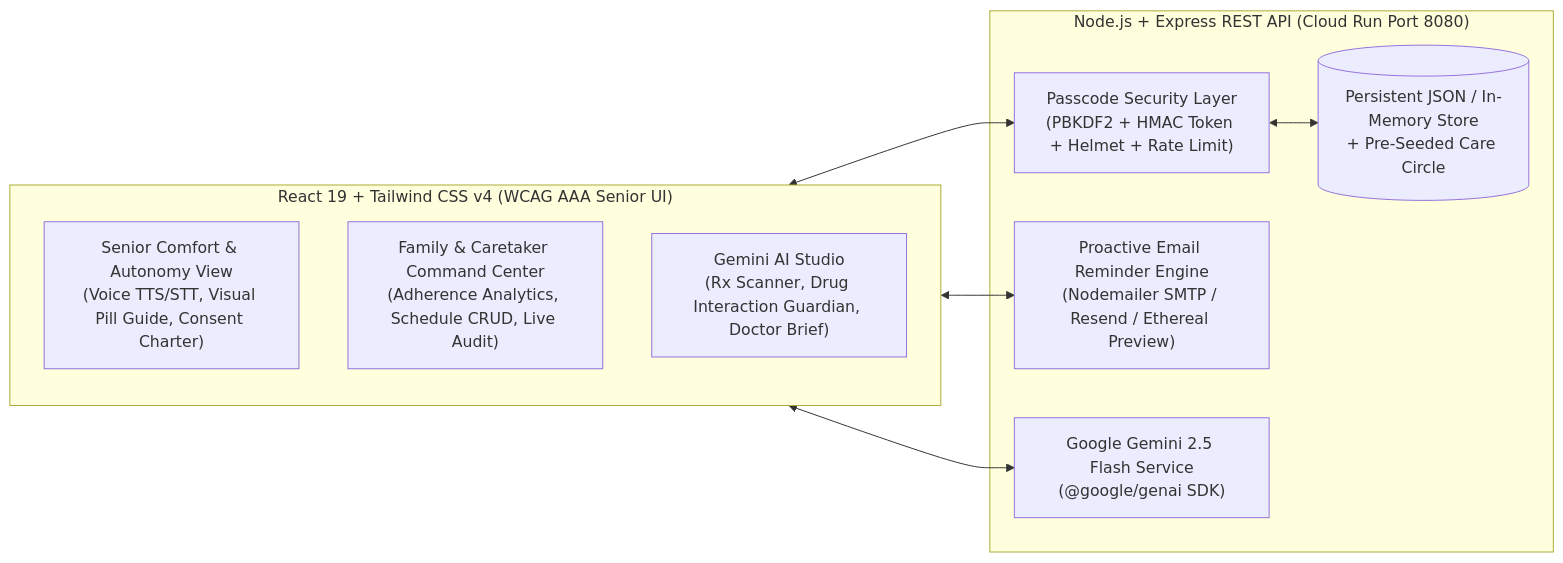
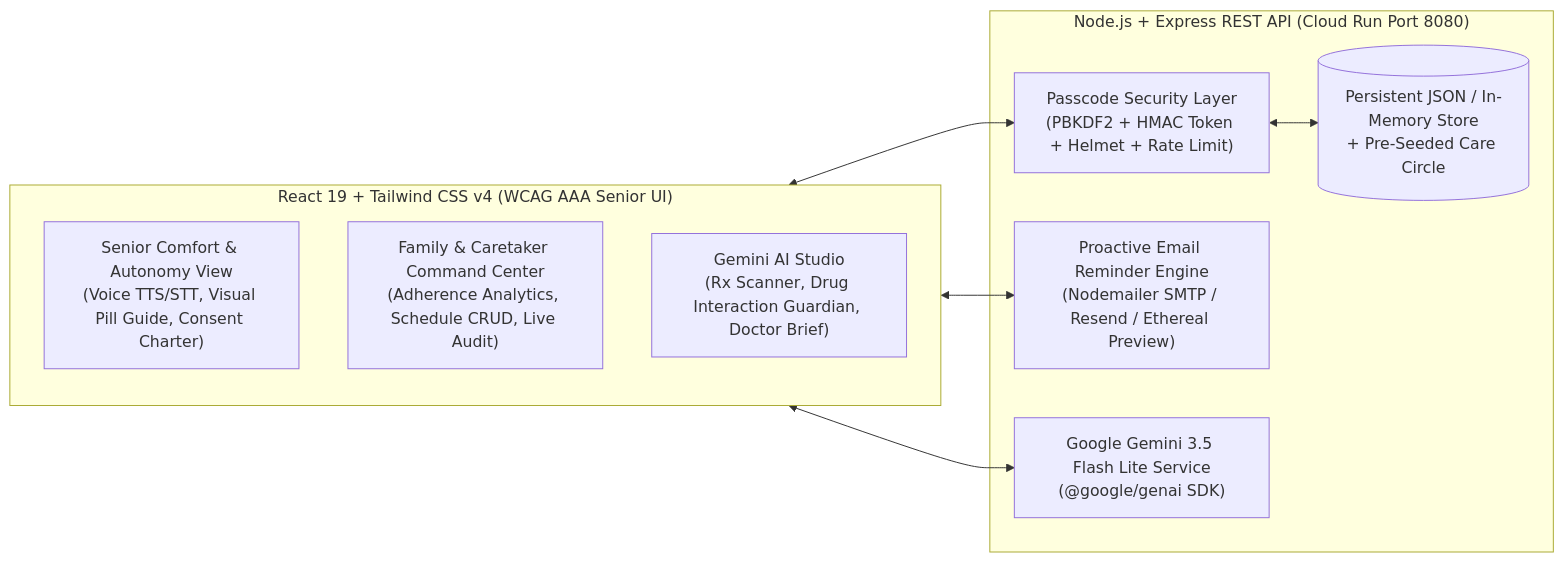
One commit to 9553943884pavan-alt/KinCare changed the diagram in README.md. Above: the diagram before and after it, drawn with Mermaid. The commit also changed other lines of this file and 9 other files, not shown here.

````diff
--- a/README.md
+++ b/README.md
@@ -22,20 +22,20 @@
 ```mermaid
 flowchart LR
     subgraph Frontend["React 19 + Tailwind CSS v4 (WCAG AAA Senior UI)"]
         Comfort["Senior Comfort & Autonomy View\n(Voice TTS/STT, Visual Pill Guide, Consent Charter)"]
         Command["Family & Caretaker Command Center\n(Adherence Analytics, Schedule CRUD, Live Audit)"]
         AIHub["Gemini AI Studio\n(Rx Scanner, Drug Interaction Guardian, Doctor Brief)"]
     end
 
     subgraph Backend["Node.js + Express REST API (Cloud Run Port 8080)"]
         Sec["Passcode Security Layer\n(PBKDF2 + HMAC Token + Helmet + Rate Limit)"]
         Email["Proactive Email Reminder Engine\n(Nodemailer SMTP / Resend / Ethereal Preview)"]
-        Gemini["Google Gemini 2.5 Flash Service\n(@google/genai SDK)"]
+        Gemini["Google Gemini 3.5 Flash Lite Service\n(@google/genai SDK)"]
         Store[("Persistent JSON / In-Memory Store\n+ Pre-Seeded Care Circle")]
     end
 
     Frontend <--> Sec
     Sec <--> Store
     Frontend <--> Email
     Frontend <--> Gemini
 ```
````
